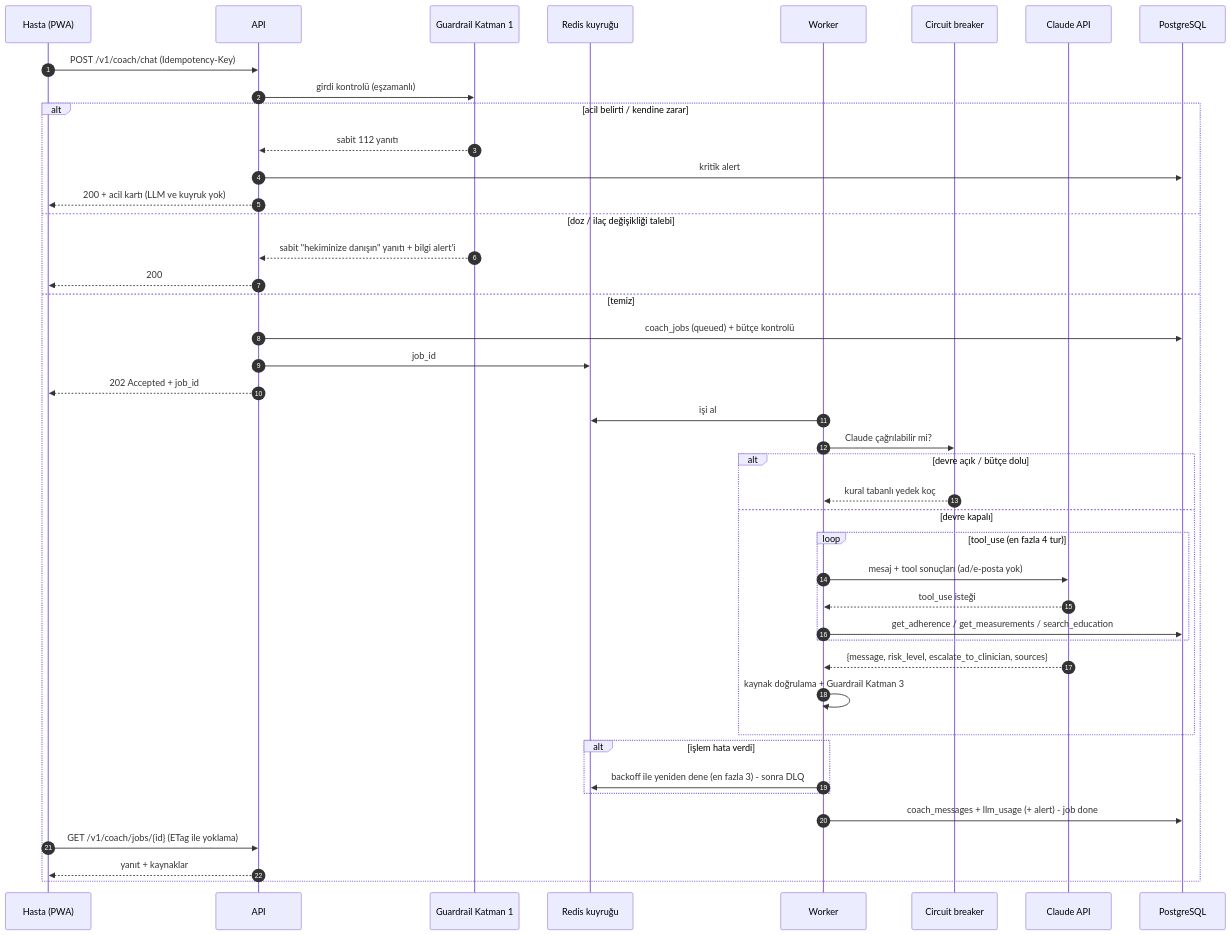
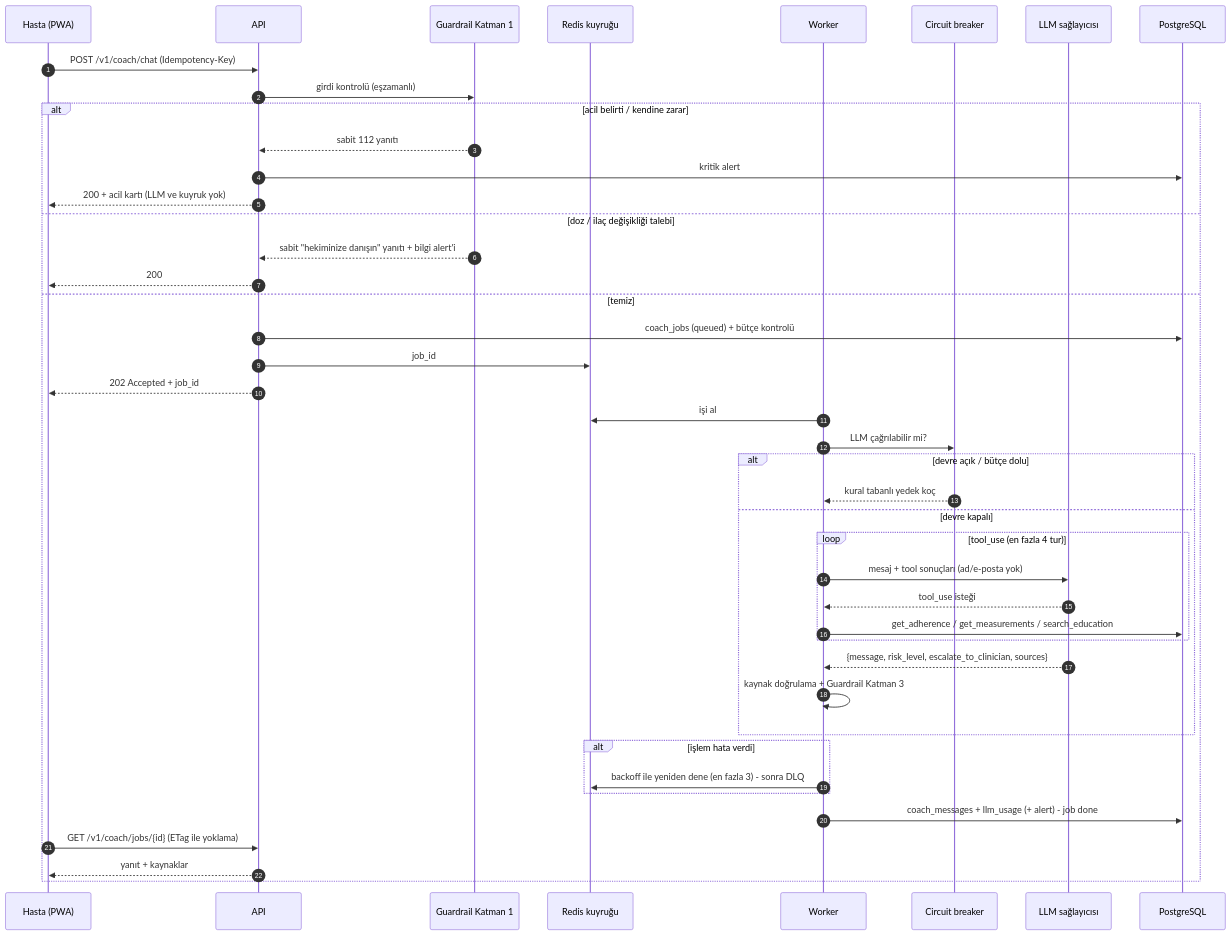
Before and after one commit to Nisagwn/ilac-uyum-kocu: the fourth of 8 diagrams in docs/M1/05-mimari.md, drawn with Mermaid. The commit also changed other lines of this file and 6 other files, not shown here.

````diff
--- a/docs/M1/05-mimari.md
+++ b/docs/M1/05-mimari.md
@@ -194,46 +194,46 @@
 ```mermaid
 sequenceDiagram
     autonumber
     participant H as Hasta (PWA)
     participant A as API
     participant G as Guardrail Katman 1
     participant Q as Redis kuyruğu
     participant W as Worker
     participant CB as Circuit breaker
-    participant L as Claude API
+    participant L as LLM sağlayıcısı
     participant D as PostgreSQL
 
     H->>A: POST /v1/coach/chat (Idempotency-Key)
     A->>G: girdi kontrolü (eşzamanlı)
     alt acil belirti / kendine zarar
         G-->>A: sabit 112 yanıtı
         A->>D: kritik alert
         A-->>H: 200 + acil kartı (LLM ve kuyruk yok)
     else doz / ilaç değişikliği talebi
         G-->>A: sabit "hekiminize danışın" yanıtı + bilgi alert'i
         A-->>H: 200
     else temiz
         A->>D: coach_jobs (queued) + bütçe kontrolü
         A->>Q: job_id
         A-->>H: 202 Accepted + job_id
         W->>Q: işi al
-        W->>CB: Claude çağrılabilir mi?
+        W->>CB: LLM çağrılabilir mi?
         alt devre açık / bütçe dolu
             CB-->>W: kural tabanlı yedek koç
         else devre kapalı
             loop tool_use (en fazla 4 tur)
                 W->>L: mesaj + tool sonuçları (ad/e-posta yok)
                 L-->>W: tool_use isteği
                 W->>D: get_adherence / get_measurements / search_education
             end
             L-->>W: {message, risk_level, escalate_to_clinician, sources}
             W->>W: kaynak doğrulama + Guardrail Katman 3
         end
         alt işlem hata verdi
             W->>Q: backoff ile yeniden dene (en fazla 3) - sonra DLQ
         end
         W->>D: coach_messages + llm_usage (+ alert) - job done
         H->>A: GET /v1/coach/jobs/{id} (ETag ile yoklama)
         A-->>H: yanıt + kaynaklar
     end
 ```
````
